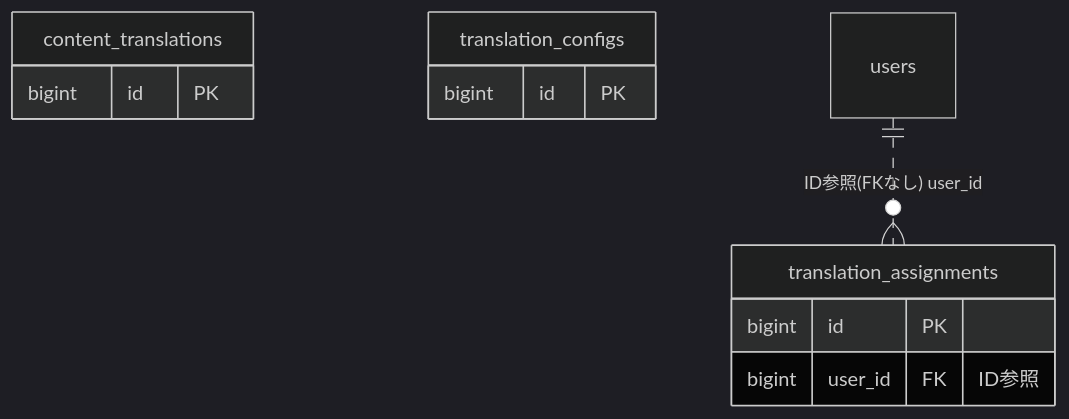
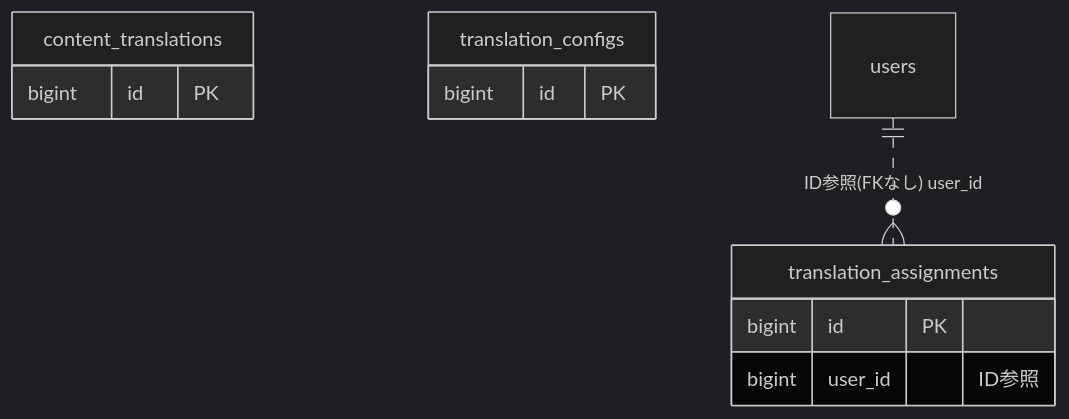
One commit to kenta-0420/mannschaft changed the diagram in docs/architecture/er/translation.md. Above: the diagram before and after it, drawn with Mermaid (dark theme). The commit also changed other lines of this file and 115 other files, not shown here.

Commit message:
改善: ER図のFKマーカーを実FKのみに限定し、被参照の逆引き節とREADME凡例を追加 (PR #4268)

````diff
--- a/docs/architecture/er/translation.md
+++ b/docs/architecture/er/translation.md
@@ -12,15 +12,15 @@
 ```mermaid
 erDiagram
     content_translations {
         bigint id PK
     }
     translation_assignments {
         bigint id PK
-        bigint user_id FK "ID参照"
+        bigint user_id "ID参照"
     }
     translation_configs {
         bigint id PK
     }
     users
     users ||..o{ translation_assignments : "ID参照(FKなし) user_id"
 ```
````
